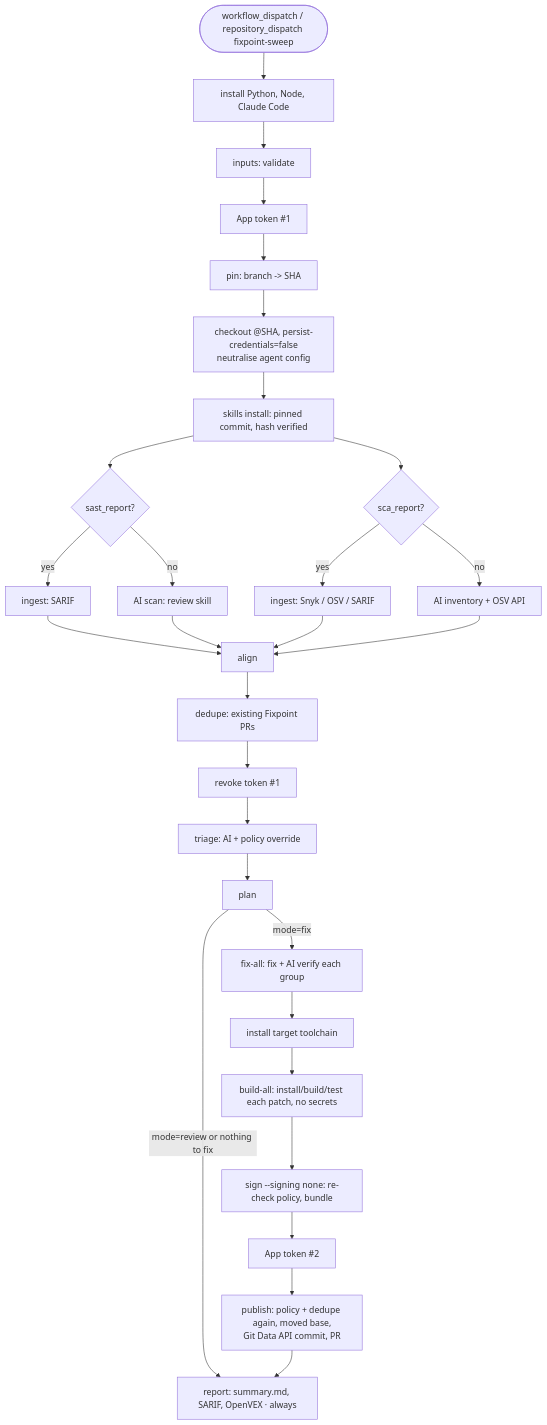
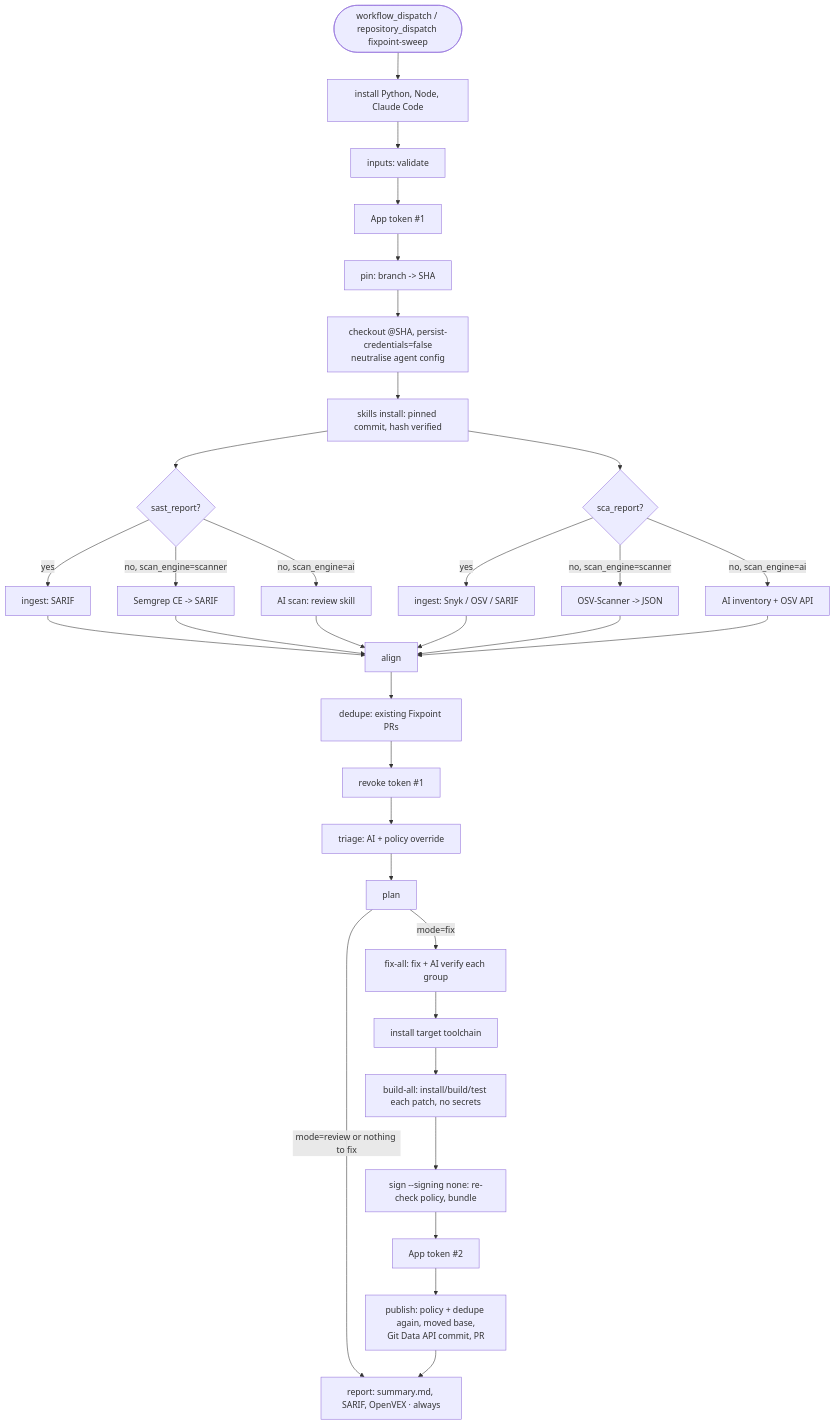
The diagram in docs/ARCHITECTURE.md (basusaswata/Auto_Fixpoint), drawn with Mermaid before and after one commit. The commit also changed other lines of this file and 20 other files, not shown here.

````diff
--- a/docs/ARCHITECTURE.md
+++ b/docs/ARCHITECTURE.md
@@ -11,28 +11,30 @@
 ```mermaid
 flowchart TD
     T([workflow_dispatch / repository_dispatch fixpoint-sweep]) --> TOOLS[install Python, Node, Claude Code]
     TOOLS --> IN[inputs: validate]
     IN --> TOK1[App token #1]
     TOK1 --> PIN[pin: branch -> SHA]
     PIN --> CO[checkout @SHA, persist-credentials=false<br/>neutralise agent config]
     CO --> SK[skills install: pinned commit, hash verified]
     SK --> SAST{sast_report?}
     SK --> SCA{sca_report?}
     SAST -- yes --> ING1[ingest: SARIF]
-    SAST -- no --> DS[AI scan: review skill]
+    SAST -- no, scan_engine=scanner --> SG[Semgrep CE -> SARIF]
+    SAST -- no, scan_engine=ai --> DS[AI scan: review skill]
     SCA -- yes --> ING2[ingest: Snyk / OSV / SARIF]
-    SCA -- no --> DC[AI inventory + OSV API]
-    ING1 & DS & ING2 & DC --> AL[align]
+    SCA -- no, scan_engine=scanner --> OS[OSV-Scanner -> JSON]
+    SCA -- no, scan_engine=ai --> DC[AI inventory + OSV API]
+    ING1 & SG & DS & ING2 & OS & DC --> AL[align]
     AL --> DD[dedupe: existing Fixpoint PRs]
     DD --> REV[revoke token #1]
     REV --> TR[triage: AI + policy override]
     TR --> PL[plan]
     PL -- mode=review or nothing to fix --> RP
     PL -- mode=fix --> FX[fix-all: fix + AI verify each group]
     FX --> TC[install target toolchain]
     TC --> BD[build-all: install/build/test each patch, no secrets]
     BD --> BU[sign --signing none: re-check policy, bundle]
     BU --> TOK2[App token #2]
     TOK2 --> PB[publish: policy + dedupe again, moved base,<br/>Git Data API commit, PR]
     PB --> RP[report: summary.md, SARIF, OpenVEX · always]
 ```
````
